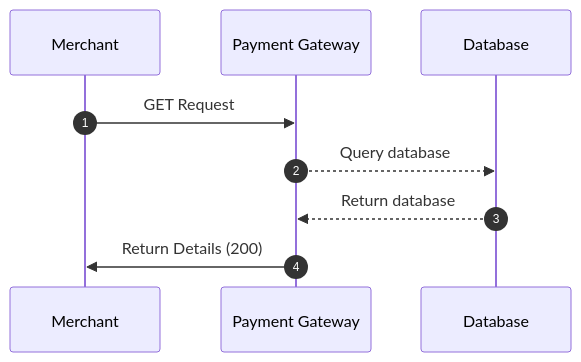
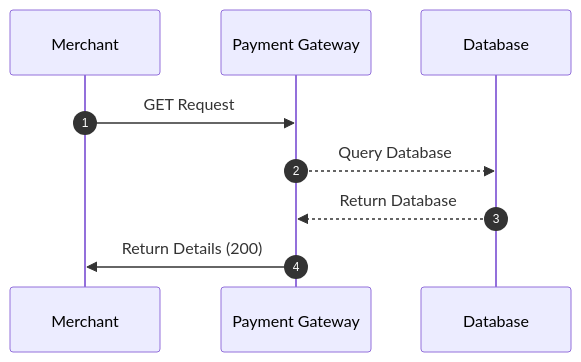
Before and after one commit to samjones00/payment-gateway: the second of 3 diagrams in Mermaid.md, drawn with Mermaid. The commit also changed other lines of this file and 69 other files, not shown here.

````diff
--- a/Mermaid.md
+++ b/Mermaid.md
@@ -23,11 +23,11 @@
 ```mermaid
 sequenceDiagram
     autonumber
     participant Merchant
     participant PG as Payment Gateway 
     participant DB as Database
     Merchant->>PG: GET Request
-    PG-->>DB:Query database
-    DB-->>PG:Return database
+    PG-->>DB:Query Database
+    DB-->>PG:Return Database
     PG->>Merchant: Return Details (200)
 ```
````
